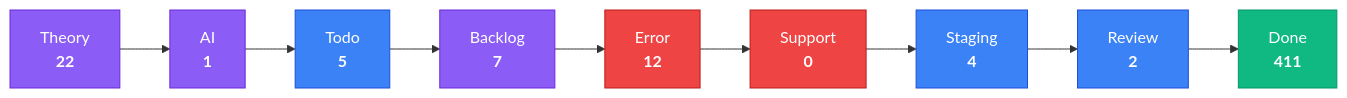
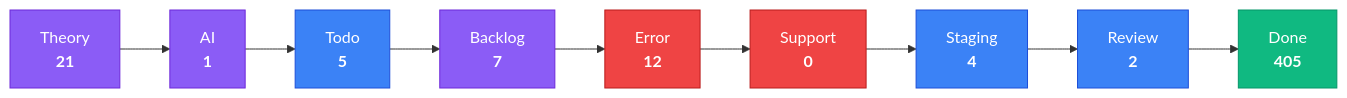
The third of 4 diagrams in apps/kbve/astro-kbve/src/content/docs/dashboard/kanban.mdx (KBVE/kbve), drawn with Mermaid before and after one commit. The commit also changed other lines of this file and 5 other files, not shown here.

````diff
--- a/apps/kbve/astro-kbve/src/content/docs/dashboard/kanban.mdx
+++ b/apps/kbve/astro-kbve/src/content/docs/dashboard/kanban.mdx
@@ -80,28 +80,28 @@
 ```mermaid
 flowchart LR
     classDef planning fill:#8b5cf6,stroke:#6d28d9,color:#fff
     classDef active fill:#3b82f6,stroke:#1d4ed8,color:#fff
     classDef blocked fill:#ef4444,stroke:#b91c1c,color:#fff
     classDef done fill:#10b981,stroke:#059669,color:#fff
-    Theory["Theory<br/><strong>22</strong>"]
+    Theory["Theory<br/><strong>21</strong>"]
     Theory --> AI
     AI["AI<br/><strong>1</strong>"]
     AI --> Todo
     Todo["Todo<br/><strong>5</strong>"]
     Todo --> Backlog
     Backlog["Backlog<br/><strong>7</strong>"]
     Backlog --> Error
     Error["Error<br/><strong>12</strong>"]
     Error --> Support
     Support["Support<br/><strong>0</strong>"]
     Support --> Staging
     Staging["Staging<br/><strong>4</strong>"]
     Staging --> Review
     Review["Review<br/><strong>2</strong>"]
     Review --> Done
-    Done["Done<br/><strong>411</strong>"]
+    Done["Done<br/><strong>405</strong>"]
     class Theory,AI,Backlog planning
     class Todo,Staging,Review active
     class Error,Support blocked
     class Done done
 ```
````
